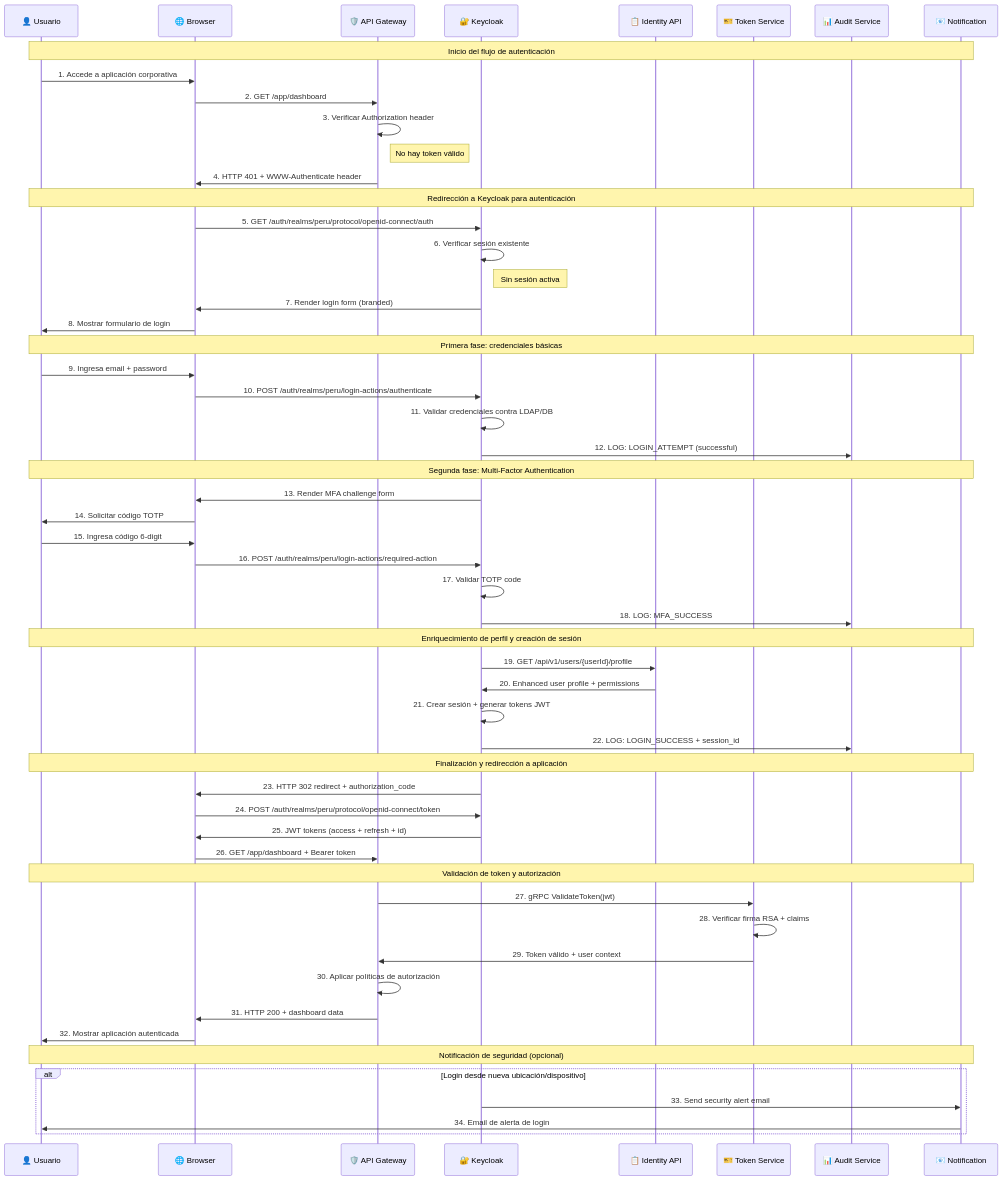
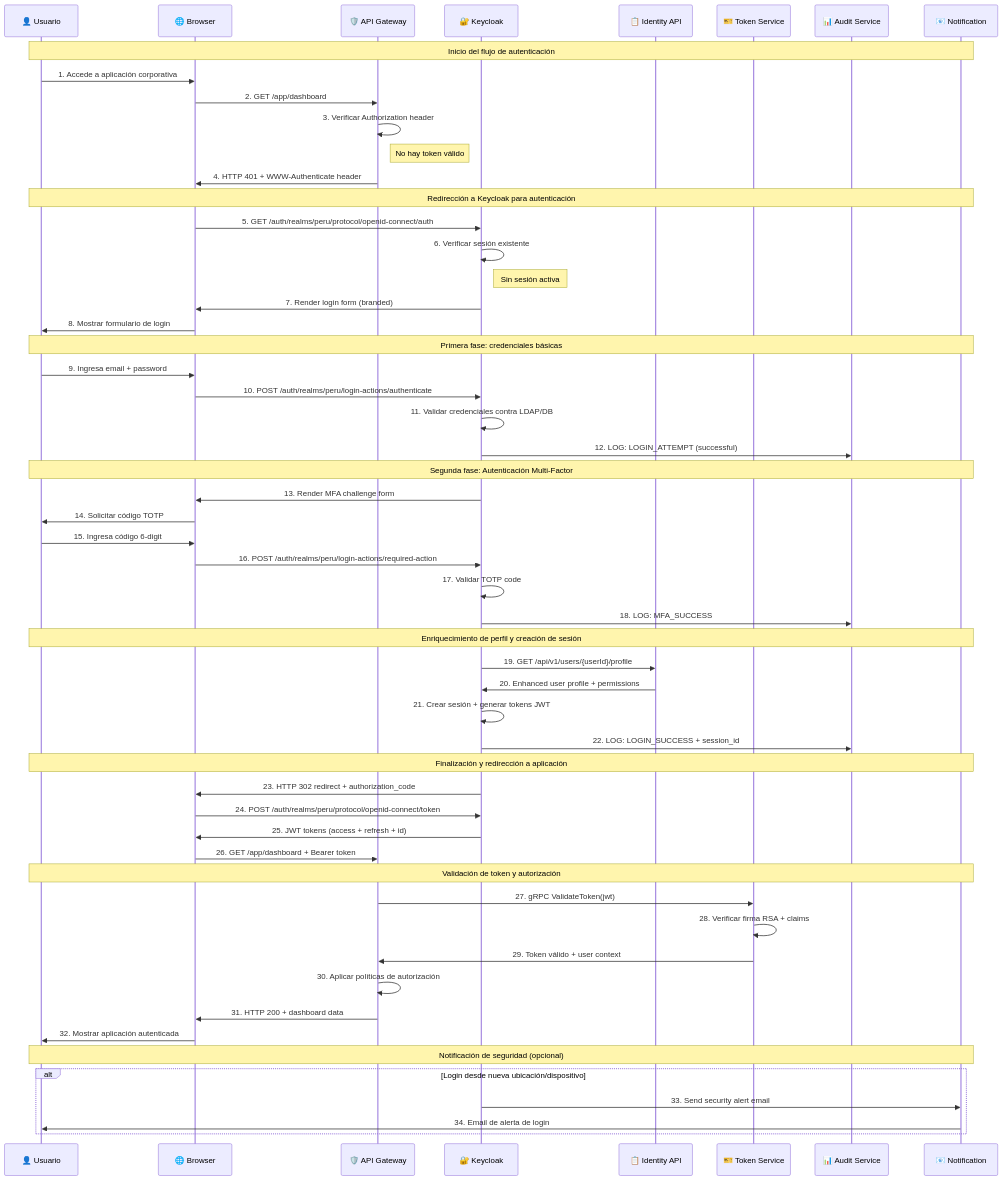
One commit to jclemente-tlm/tlm-arq-servicios-corporativos changed the first of 9 diagrams in docs/servicio-identidad/06-vista-tiempo-ejecucion.md. Above: the diagram before and after it, drawn with Mermaid. The commit also changed other lines of this file and 69 other files, not shown here.

````diff
--- a/docs/servicio-identidad/06-vista-tiempo-ejecucion.md
+++ b/docs/servicio-identidad/06-vista-tiempo-ejecucion.md
@@ -31,73 +31,73 @@
 ```mermaid
 sequenceDiagram
     participant User as 👤 Usuario
     participant Browser as 🌐 Browser
     participant Gateway as 🛡️ API Gateway
     participant KC as 🔐 Keycloak
     participant IdAPI as 📋 Identity API
     participant TokenSvc as 🎫 Token Service
     participant AuditSvc as 📊 Audit Service
     participant NotifSvc as 📧 Notification
 
     Note over User,NotifSvc: Inicio del flujo de autenticación
 
     User->>Browser: 1. Accede a aplicación corporativa
     Browser->>Gateway: 2. GET /app/dashboard
     Gateway->>Gateway: 3. Verificar Authorization header
     Note right of Gateway: No hay token válido
     Gateway->>Browser: 4. HTTP 401 + WWW-Authenticate header
 
     Note over User,NotifSvc: Redirección a Keycloak para autenticación
 
     Browser->>KC: 5. GET /auth/realms/peru/protocol/openid-connect/auth
     KC->>KC: 6. Verificar sesión existente
     Note right of KC: Sin sesión activa
     KC->>Browser: 7. Render login form (branded)
     Browser->>User: 8. Mostrar formulario de login
 
     Note over User,NotifSvc: Primera fase: credenciales básicas
 
     User->>Browser: 9. Ingresa email + password
     Browser->>KC: 10. POST /auth/realms/peru/login-actions/authenticate
     KC->>KC: 11. Validar credenciales contra LDAP/DB
     KC->>AuditSvc: 12. LOG: LOGIN_ATTEMPT (successful)
 
-    Note over User,NotifSvc: Segunda fase: Multi-Factor Authentication
+    Note over User,NotifSvc: Segunda fase: Autenticación Multi-Factor
 
     KC->>Browser: 13. Render MFA challenge form
     Browser->>User: 14. Solicitar código TOTP
     User->>Browser: 15. Ingresa código 6-digit
     Browser->>KC: 16. POST /auth/realms/peru/login-actions/required-action
     KC->>KC: 17. Validar TOTP code
     KC->>AuditSvc: 18. LOG: MFA_SUCCESS
 
     Note over User,NotifSvc: Enriquecimiento de perfil y creación de sesión
 
     KC->>IdAPI: 19. GET /api/v1/users/{userId}/profile
     IdAPI->>KC: 20. Enhanced user profile + permissions
     KC->>KC: 21. Crear sesión + generar tokens JWT
     KC->>AuditSvc: 22. LOG: LOGIN_SUCCESS + session_id
 
     Note over User,NotifSvc: Finalización y redirección a aplicación
 
     KC->>Browser: 23. HTTP 302 redirect + authorization_code
     Browser->>KC: 24. POST /auth/realms/peru/protocol/openid-connect/token
     KC->>Browser: 25. JWT tokens (access + refresh + id)
     Browser->>Gateway: 26. GET /app/dashboard + Bearer token
 
     Note over User,NotifSvc: Validación de token y autorización
 
     Gateway->>TokenSvc: 27. gRPC ValidateToken(jwt)
     TokenSvc->>TokenSvc: 28. Verificar firma RSA + claims
     TokenSvc->>Gateway: 29. Token válido + user context
     Gateway->>Gateway: 30. Aplicar políticas de autorización
     Gateway->>Browser: 31. HTTP 200 + dashboard data
     Browser->>User: 32. Mostrar aplicación autenticada
 
     Note over User,NotifSvc: Notificación de seguridad (opcional)
 
     alt Login desde nueva ubicación/dispositivo
         KC->>NotifSvc: 33. Send security alert email
         NotifSvc->>User: 34. Email de alerta de login
     end
 ```
````
